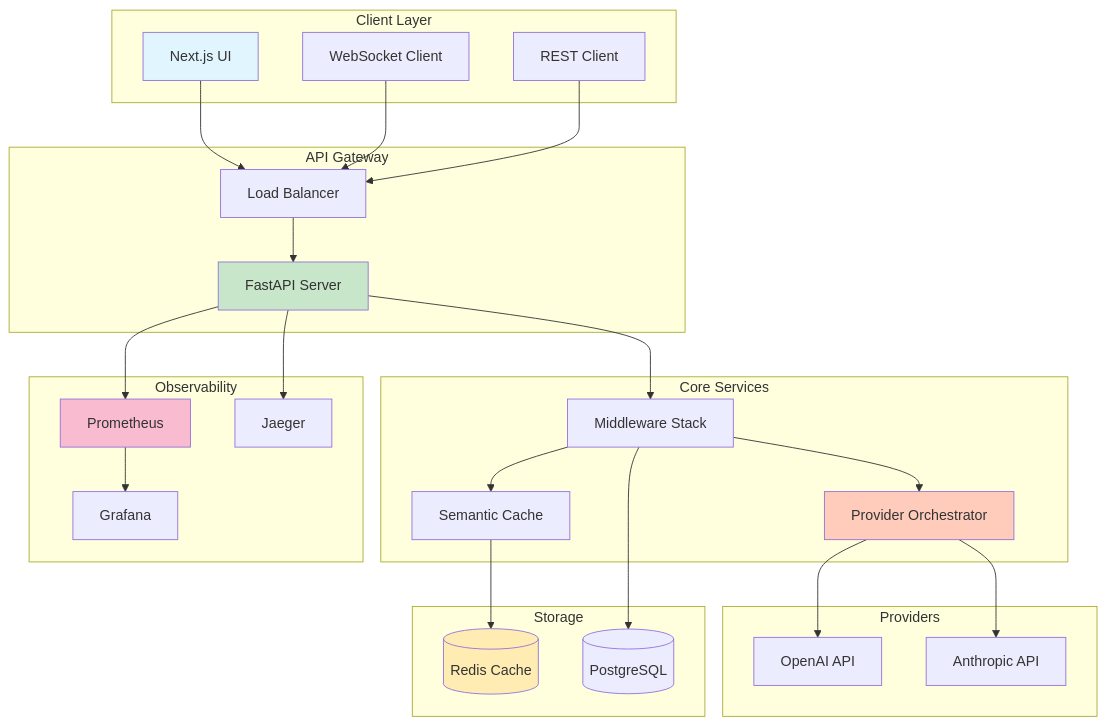
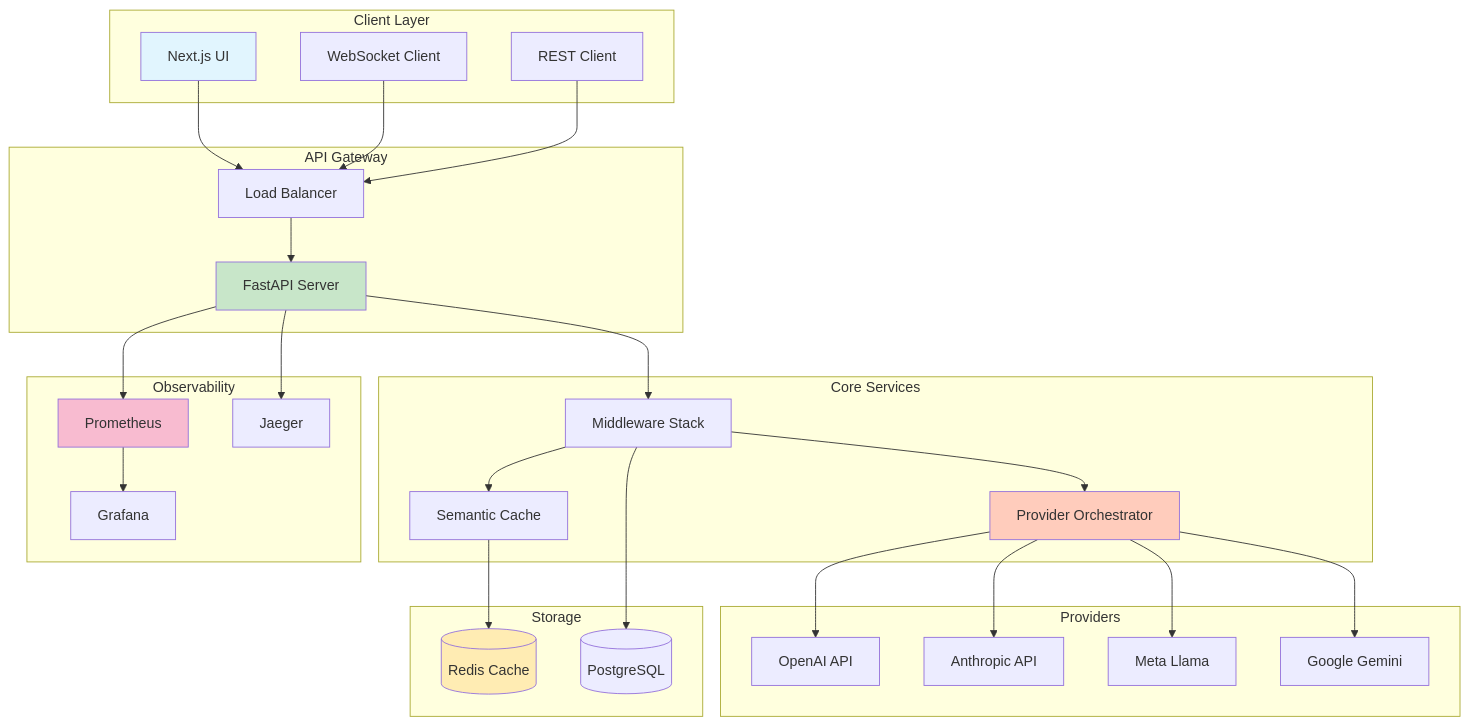
Before and after one commit to cbratkovics/chatbot-ai-system: the diagram in README.md, drawn with Mermaid. The commit also changed other lines of this file and 7 other files, not shown here.

````diff
--- a/README.md
+++ b/README.md
@@ -50,56 +150,60 @@
 ```mermaid
 flowchart TB
     subgraph "Client Layer"
         UI[Next.js UI]
         WS[WebSocket Client]
         REST[REST Client]
     end
 
     subgraph "API Gateway"
         LB[Load Balancer]
         ASGI[FastAPI Server]
     end
 
     subgraph "Core Services"
         MW[Middleware Stack]
         ORCH[Provider Orchestrator]
         CACHE[Semantic Cache]
     end
 
     subgraph "Providers"
         OAI[OpenAI API]
         ANTH[Anthropic API]
+        LLAMA[Meta Llama]
+        GEM[Google Gemini]
     end
 
     subgraph "Storage"
         REDIS[(Redis Cache)]
         PG[(PostgreSQL)]
     end
 
     subgraph "Observability"
         PROM[Prometheus]
         GRAF[Grafana]
         TRACE[Jaeger]
     end
 
     UI --> LB
     WS --> LB
     REST --> LB
     LB --> ASGI
     ASGI --> MW
     MW --> ORCH
     MW --> CACHE
     ORCH --> OAI
     ORCH --> ANTH
+    ORCH --> LLAMA
+    ORCH --> GEM
     CACHE --> REDIS
     MW --> PG
     ASGI --> PROM
     PROM --> GRAF
     ASGI --> TRACE
 
     style UI fill:#e1f5fe
     style ASGI fill:#c8e6c9
     style ORCH fill:#ffccbc
     style REDIS fill:#ffecb3
     style PROM fill:#f8bbd0
 ```
````
